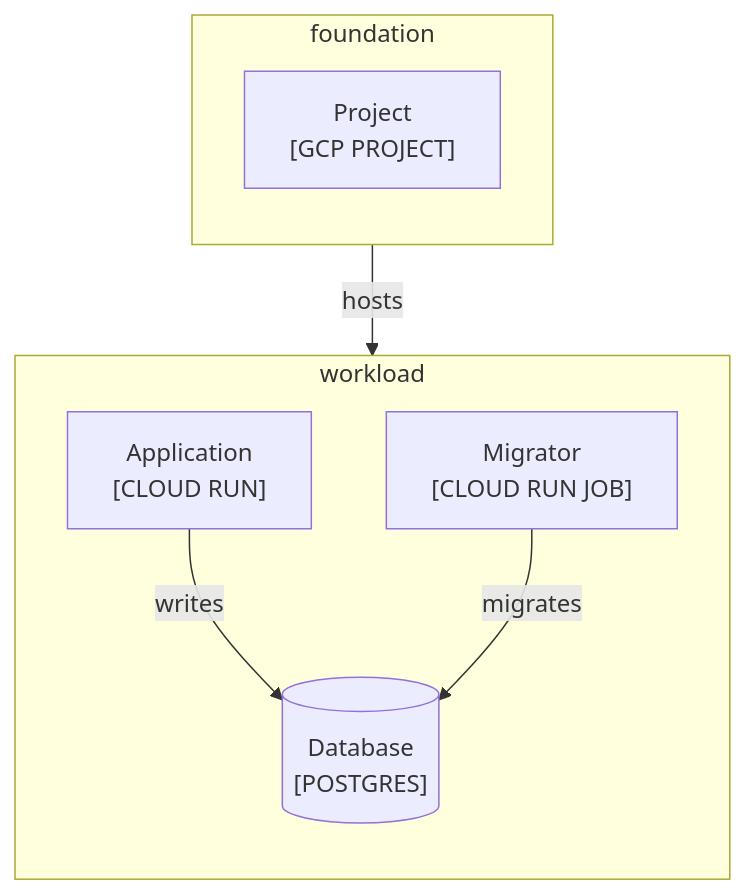
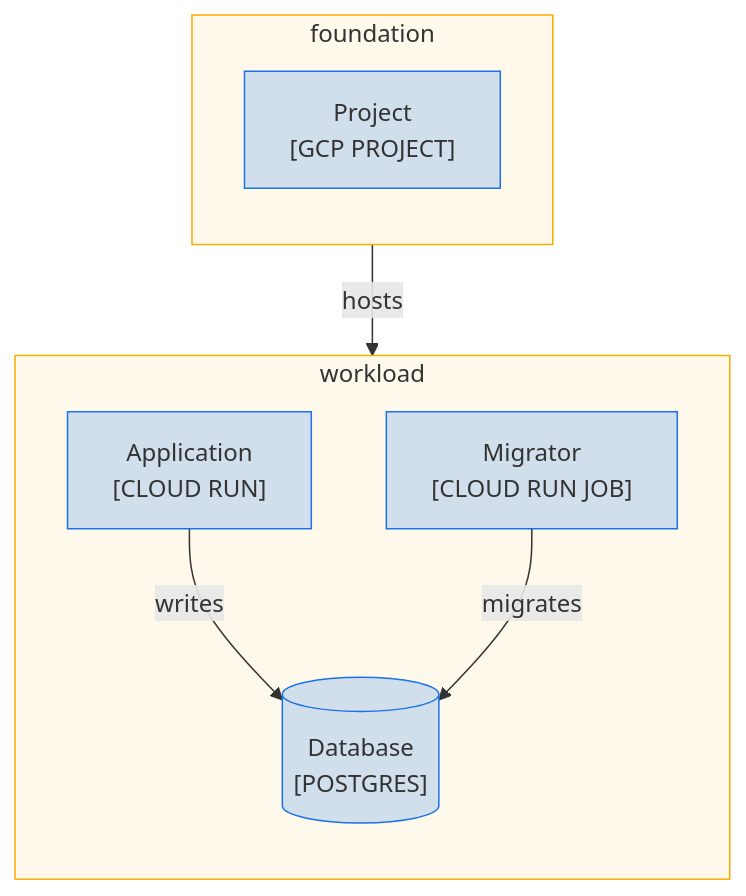
Before and after one commit to choonchernlim/skills: the diagram in skills/docsmith/scripts/fixtures/good/docs/infrastructure.md, drawn with Mermaid. The commit also changed other lines of this file and 47 other files, not shown here.

First line of the commit message:
feat(docsmith): require owner colors, sequence owner bands, and docs domain folders

````diff
--- a/skills/docsmith/scripts/fixtures/good/docs/infrastructure.md
+++ b/skills/docsmith/scripts/fixtures/good/docs/infrastructure.md
@@ -12,16 +12,21 @@
 ```mermaid
 graph TD
   subgraph Foundation["foundation"]
     direction TB
     Project["Project<br/>[GCP PROJECT]"]
   end
   subgraph Workload["workload"]
     direction TB
     App["Application<br/>[CLOUD RUN]"]
     Job["Migrator<br/>[CLOUD RUN JOB]"]
     Store[("Database<br/>[POSTGRES]")]
   end
   Project -->|"hosts"| App
   App -->|"writes"| Store
   Job -->|"migrates"| Store
+
+  class Project,App,Job,Store own
+  class Foundation,Workload boundary
+  classDef own fill:#1a73e833,stroke:#1a73e8
+  classDef boundary fill:#f9ab0014,stroke:#f9ab00
 ```
````
